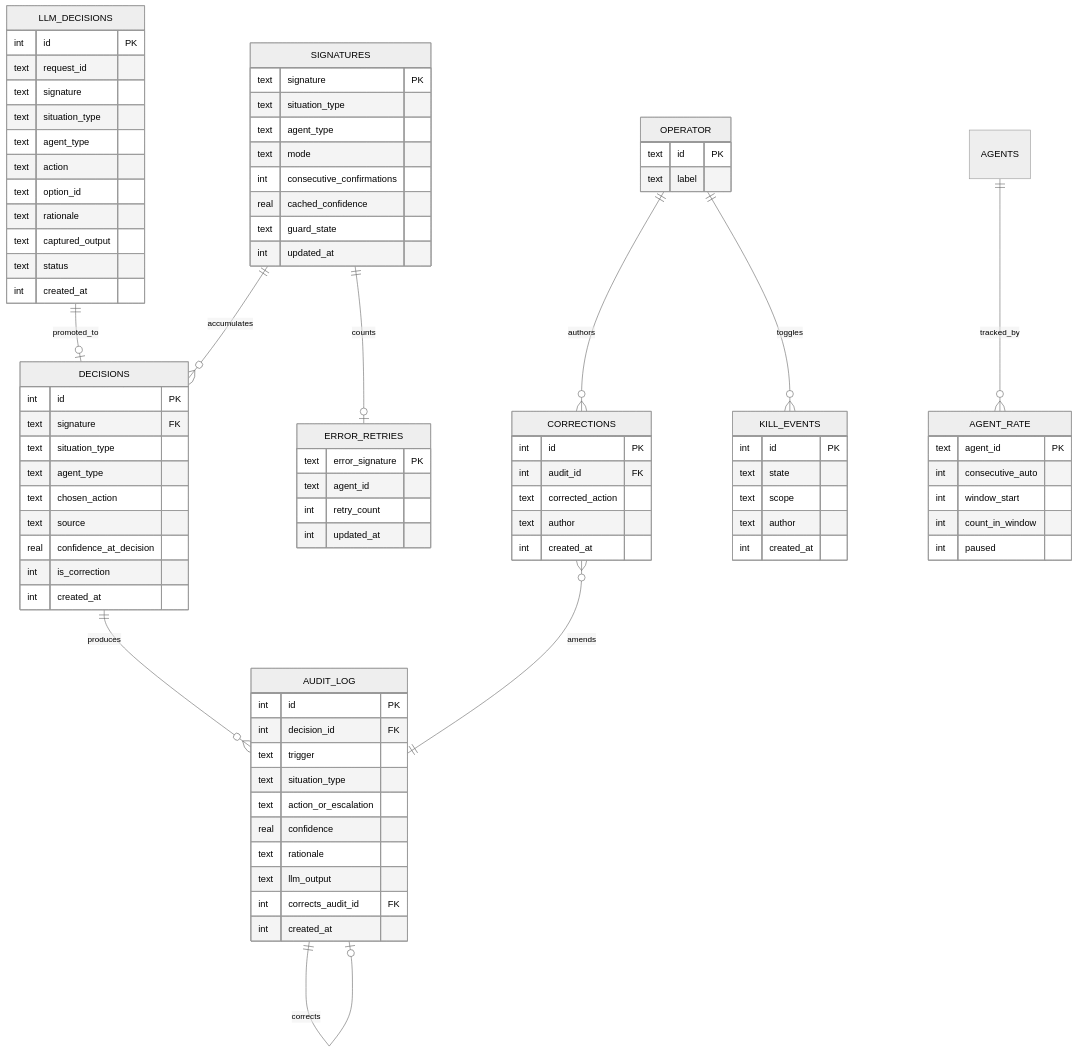
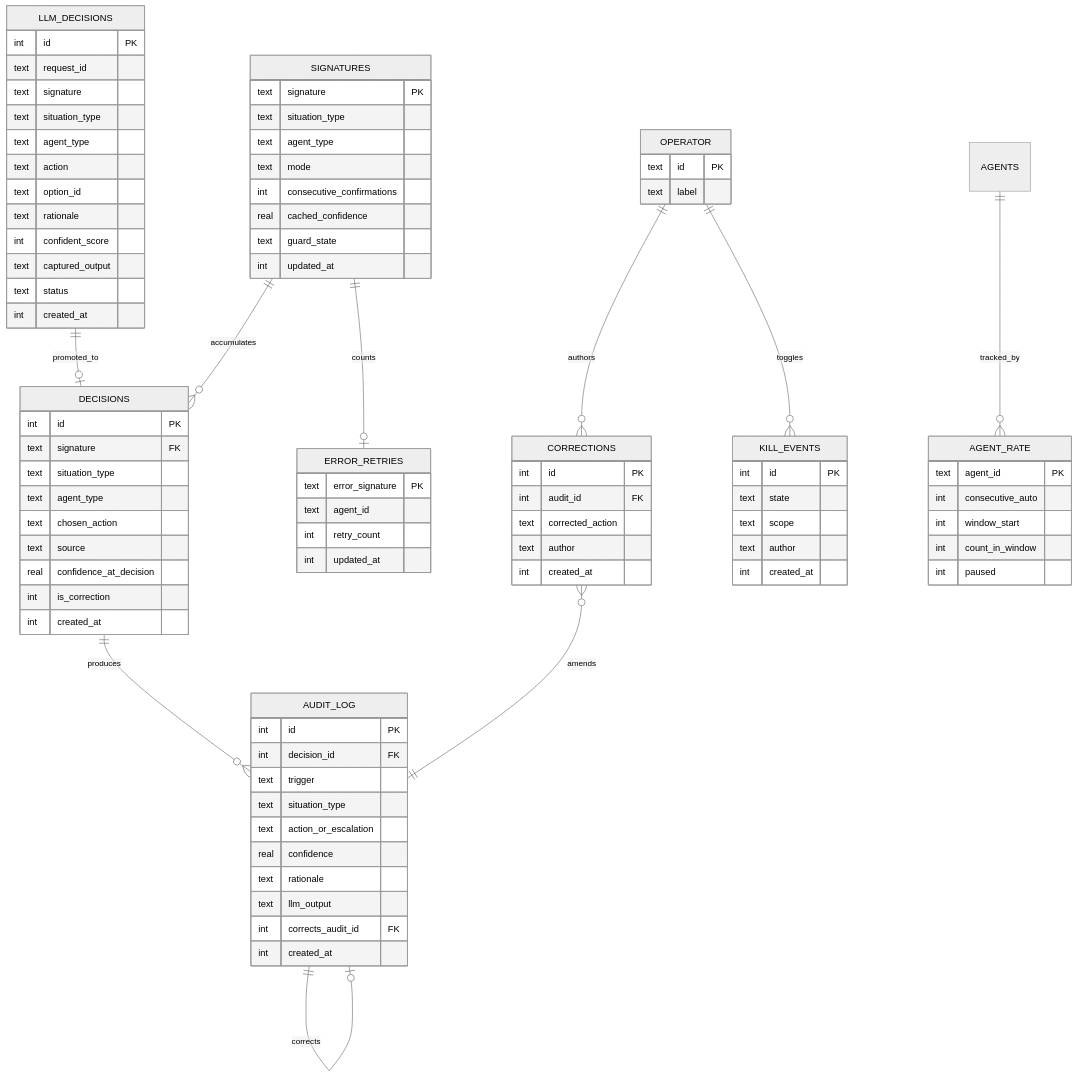
The third of 3 diagrams in docs/specs/herd-auto-prompter/solution.md (0xGosu/herdr-auto-pilot), drawn with Mermaid (neutral theme) before and after one commit. The commit also changed other lines of this file and 9 other files, not shown here.

First line of the commit message:
#1 feat: submit_decision — explicit select_options MCQ answers, confident_score, action→recommend_action (#16)

```diff
--- a/docs/specs/herd-auto-prompter/solution.md
+++ b/docs/specs/herd-auto-prompter/solution.md
@@ -309,6 +309,7 @@
         text action
         text option_id
         text rationale
+        int confident_score
         text captured_output
         text status
         int created_at
```
